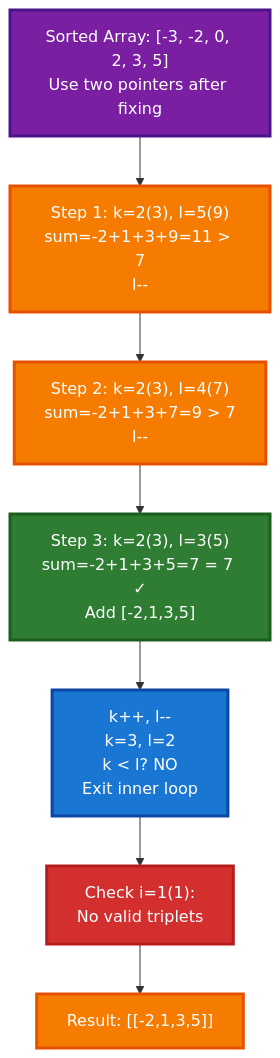
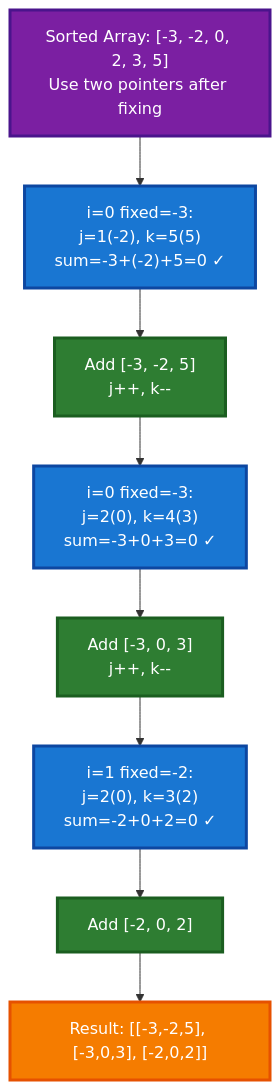
Before and after one commit to pentoshi007/tuf: the eighth of 8 diagrams in dsa/Advanced/arrays/faq(medium)/seventoten.md, drawn with Mermaid. The commit also changed other lines of this file, not shown here.

Commit message:
Restore complete seventoten.md with full content + Mermaid visuals as bonus (not replacing original text)

````diff
--- a/dsa/Advanced/arrays/faq(medium)/seventoten.md
+++ b/dsa/Advanced/arrays/faq(medium)/seventoten.md
@@ -662,17 +878,19 @@
 ```mermaid
 graph TD
-    A["Sorted Array: [-3, -2, 0, 2, 3, 5]<br/>Use two pointers after fixing"] --> B["Step 1: k=2(3), l=5(9)<br/>sum=-2+1+3+9=11 > 7<br/>l--"]
-    B --> C["Step 2: k=2(3), l=4(7)<br/>sum=-2+1+3+7=9 > 7<br/>l--"]
-    C --> D["Step 3: k=2(3), l=3(5)<br/>sum=-2+1+3+5=7 = 7 ✓<br/>Add [-2,1,3,5]"]
-    D --> E["k++, l--<br/>k=3, l=2<br/>k < l? NO<br/>Exit inner loop"]
-    E --> F["Check i=1(1):<br/>No valid triplets"]
-    F --> G["Result: [[-2,1,3,5]]"]
-    
+    A["Sorted Array: [-3, -2, 0, 2, 3, 5]<br/>Use two pointers after fixing"] --> B["i=0 fixed=-3:<br/>j=1(-2), k=5(5)<br/>sum=-3+(-2)+5=0 ✓"]
+    B --> C["Add [-3, -2, 5]<br/>j++, k--"]
+    C --> D["i=0 fixed=-3:<br/>j=2(0), k=4(3)<br/>sum=-3+0+3=0 ✓"]
+    D --> E["Add [-3, 0, 3]<br/>j++, k--"]
+    E --> F["i=1 fixed=-2:<br/>j=2(0), k=3(2)<br/>sum=-2+0+2=0 ✓"]
+    F --> G["Add [-2, 0, 2]"]
+    G --> H["Result: [[-3,-2,5], [-3,0,3], [-2,0,2]]"]
+
     style A fill:#7B1FA2,stroke:#4A148C,stroke-width:3px,color:#fff
-    style B fill:#F57C00,stroke:#E65100,stroke-width:3px,color:#fff
-    style C fill:#F57C00,stroke:#E65100,stroke-width:3px,color:#fff
-    style D fill:#2E7D32,stroke:#1B5E20,stroke-width:3px,color:#fff
-    style E fill:#1976D2,stroke:#0D47A1,stroke-width:3px,color:#fff
-    style F fill:#D32F2F,stroke:#B71C1C,stroke-width:3px,color:#fff
-    style G fill:#F57C00,stroke:#E65100,stroke-width:3px,color:#fff
+    style B fill:#1976D2,stroke:#0D47A1,stroke-width:3px,color:#fff
+    style C fill:#2E7D32,stroke:#1B5E20,stroke-width:3px,color:#fff
+    style D fill:#1976D2,stroke:#0D47A1,stroke-width:3px,color:#fff
+    style E fill:#2E7D32,stroke:#1B5E20,stroke-width:3px,color:#fff
+    style F fill:#1976D2,stroke:#0D47A1,stroke-width:3px,color:#fff
+    style G fill:#2E7D32,stroke:#1B5E20,stroke-width:3px,color:#fff
+    style H fill:#F57C00,stroke:#E65100,stroke-width:3px,color:#fff
 ```
````
